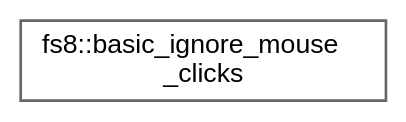
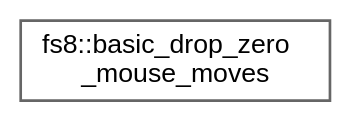
Before and after one commit to the-moisrex/foresight: the diagram in api/inherit_graph_29.dot, drawn with Graphviz. The commit also changed 330 other files, not shown here.

```diff
--- a/api/inherit_graph_29.dot
+++ b/api/inherit_graph_29.dot
@@ -1,9 +1,9 @@
 digraph "Graphical Class Hierarchy"
 {
  // LATEX_PDF_SIZE
   bgcolor="transparent";
   edge [fontname=Helvetica,fontsize=10,labelfontname=Helvetica,labelfontsize=10];
   node [fontname=Helvetica,fontsize=10,shape=box,height=0.2,width=0.4];
   rankdir="LR";
-  Node0 [id="Node000000",label="fs8::basic_ignore_mouse\l_clicks",height=0.2,width=0.4,color="grey40", fillcolor="white", style="filled",URL="$structfs8_1_1basic__ignore__mouse__clicks.html",tooltip=" "];
+  Node0 [id="Node000000",label="fs8::basic_drop_zero\l_mouse_moves",height=0.2,width=0.4,color="grey40", fillcolor="white", style="filled",URL="$structfs8_1_1basic__drop__zero__mouse__moves.html",tooltip=" "];
 }
```
